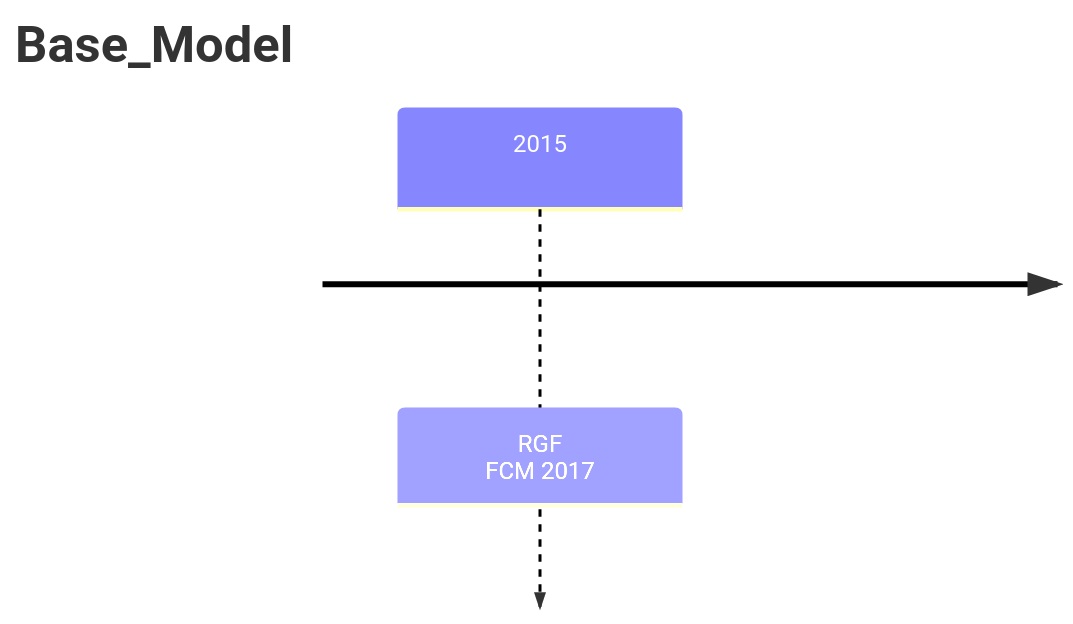
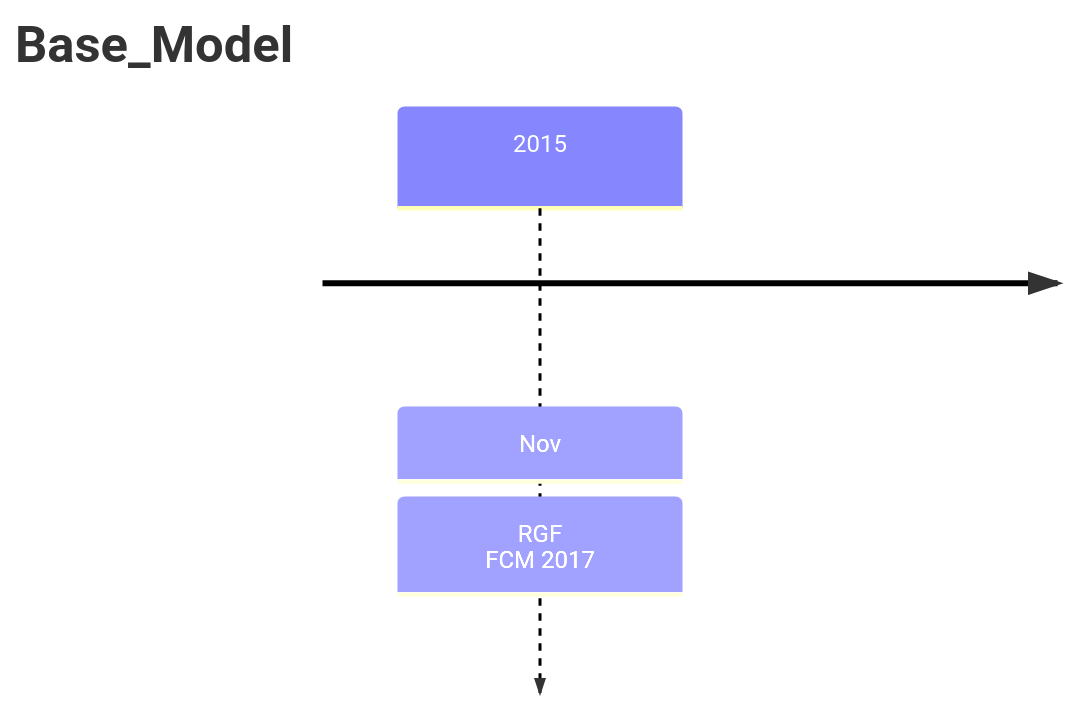
One commit to Elephant-King9/Paper changed the first of 4 diagrams in Math/Gradient_Optimization/VLM_I2T_BlackBox/analyse.md. Above: the diagram before and after it, drawn with Mermaid. The commit also changed 5 other files, not shown here.

````diff
--- a/Math/Gradient_Optimization/VLM_I2T_BlackBox/analyse.md
+++ b/Math/Gradient_Optimization/VLM_I2T_BlackBox/analyse.md
@@ -7,5 +7,6 @@
 ```mermaid
 timeline
     title Base_Model
-    2015 : RGF<br>FCM 2017
+    2015 : Nov
+    		 : RGF<br>FCM 2017
 ```
````
